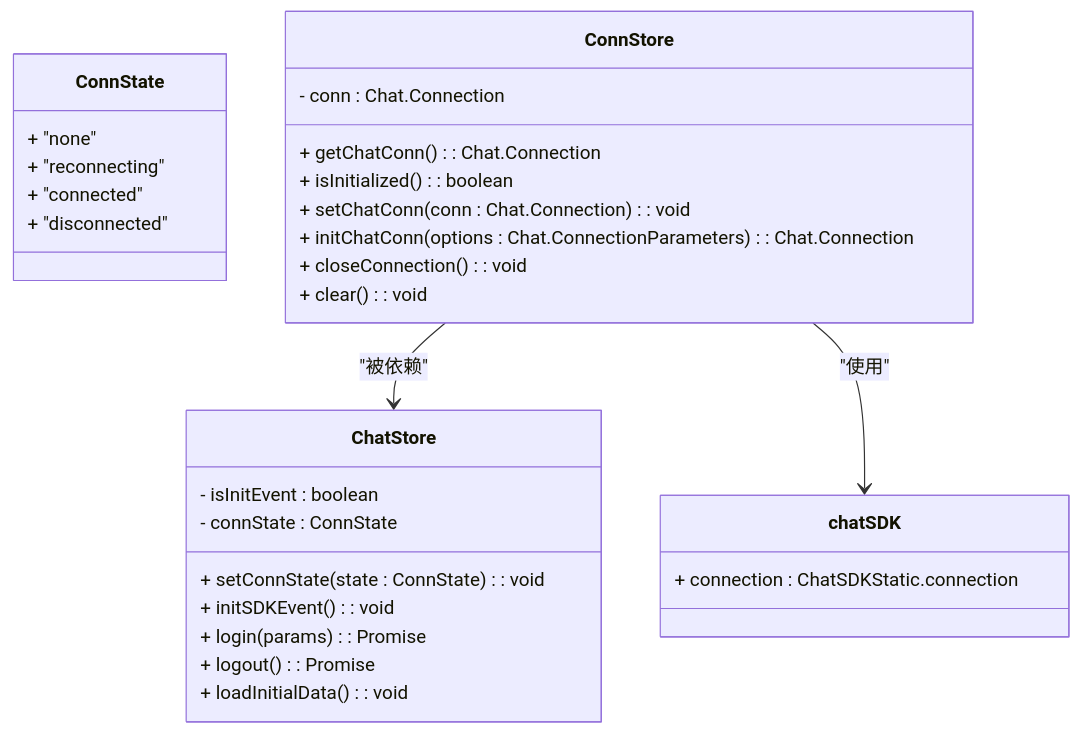
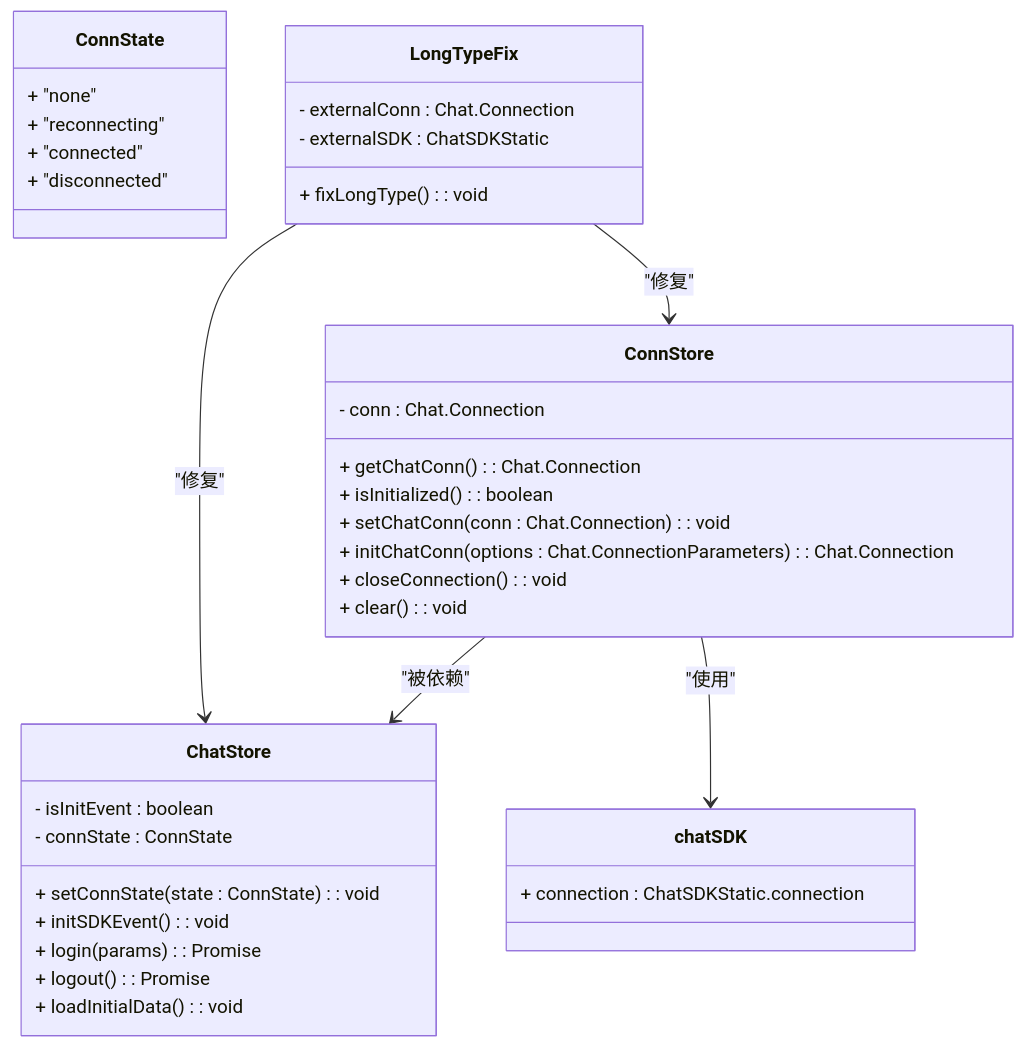
The seventh of 8 diagrams in .qoder/repowiki/zh/content/核心架构/Store状态管理系统架构/连接状态管理.md (Easemob-Community/easemob-uikit-uniapp-community), drawn with Mermaid before and after one commit. The commit also changed other lines of this file and 10 other files, not shown here.

````diff
--- a/.qoder/repowiki/zh/content/核心架构/Store状态管理系统架构/连接状态管理.md
+++ b/.qoder/repowiki/zh/content/核心架构/Store状态管理系统架构/连接状态管理.md
@@ -277,32 +284,39 @@
 ```mermaid
 classDiagram
 class ConnState {
 + "none"
 + "reconnecting"
 + "connected"
 + "disconnected"
 }
 class ConnStore {
 - conn : Chat.Connection
 + getChatConn() : Chat.Connection
 + isInitialized() : boolean
 + setChatConn(conn : Chat.Connection) : void
 + initChatConn(options : Chat.ConnectionParameters) : Chat.Connection
 + closeConnection() : void
 + clear() : void
 }
 class ChatStore {
 - isInitEvent : boolean
 - connState : ConnState
 + setConnState(state : ConnState) : void
 + initSDKEvent() : void
 + login(params) : Promise<void>
 + logout() : Promise<void>
 + loadInitialData() : void
 }
 class chatSDK {
 + connection : ChatSDKStatic.connection
 }
+class LongTypeFix {
+- externalConn : Chat.Connection
+- externalSDK : ChatSDKStatic
++ fixLongType() : void
+}
 ConnStore --> ChatStore : "被依赖"
 ConnStore --> chatSDK : "使用"
+LongTypeFix --> ConnStore : "修复"
+LongTypeFix --> ChatStore : "修复"
 ```
````
